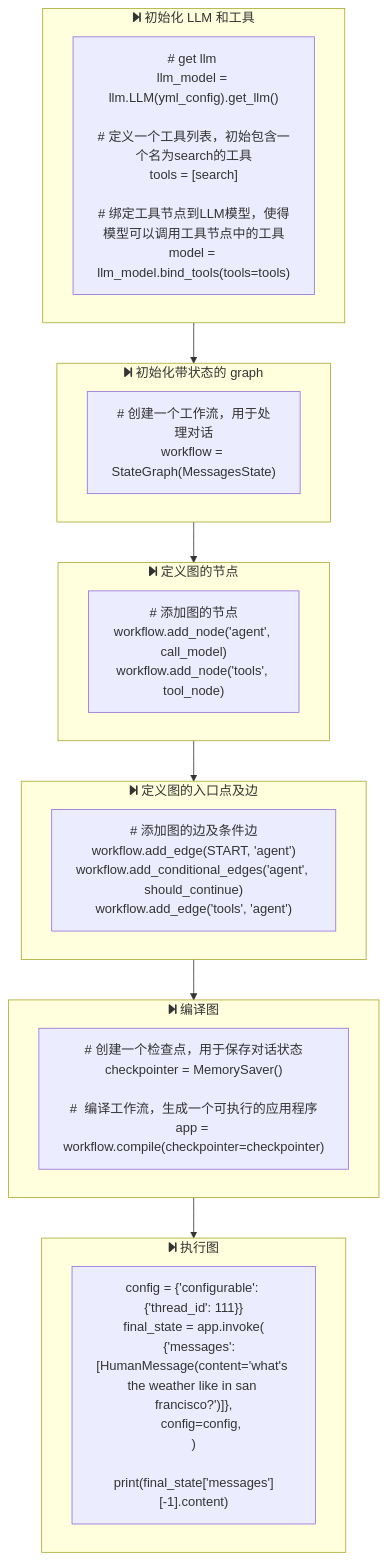
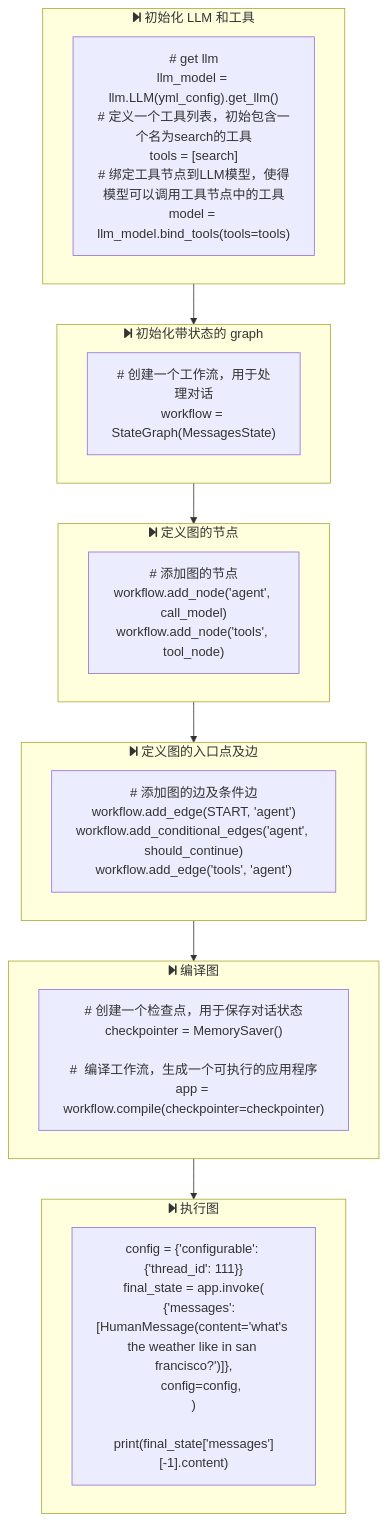
The second of 2 diagrams in docs/99-lang-graph/240910-langgraph-overview.md (ka1fe1/tutorial-langchain), drawn with Mermaid before and after one commit.

Commit message:
modify langgraph-overview tutorial-3

````diff
--- a/docs/99-lang-graph/240910-langgraph-overview.md
+++ b/docs/99-lang-graph/240910-langgraph-overview.md
@@ -33,65 +33,63 @@
 ```mermaid
 flowchart TB
     subgraph s1["fa:fa-step-forward 初始化 LLM 和工具"]
         direction LR
         s101["
-# get llm 
+#35; get llm
 llm_model = llm.LLM(yml_config).get_llm()
-
-# 定义一个工具列表，初始包含一个名为search的工具
+#35; 定义一个工具列表，初始包含一个名为search的工具
 tools = [search]
-
-# 绑定工具节点到LLM模型，使得模型可以调用工具节点中的工具
+#35; 绑定工具节点到LLM模型，使得模型可以调用工具节点中的工具
 model = llm_model.bind_tools(tools=tools)
         "]
     end
 
     subgraph s2["fa:fa-step-forward 初始化带状态的 graph"]
         s201["
-# 创建一个工作流，用于处理对话
+#35; 创建一个工作流，用于处理对话
 workflow = StateGraph(MessagesState)
         "]
     end
 
     subgraph s3["fa:fa-step-forward 定义图的节点"]
         s301["
-# 添加图的节点
+#35; 添加图的节点
 workflow.add_node('agent', call_model)
 workflow.add_node('tools', tool_node)        
         "]
     end
 
     subgraph s4["fa:fa-step-forward 定义图的入口点及边"]
         s401["
-# 添加图的边及条件边
+#35; 添加图的边及条件边
 workflow.add_edge(START, 'agent')
 workflow.add_conditional_edges('agent', should_continue)
 workflow.add_edge('tools', 'agent')        
         "]
     end
 
     subgraph s5["fa:fa-step-forward 编译图"]
         s501["
-# 创建一个检查点，用于保存对话状态
+#35; 创建一个检查点，用于保存对话状态
 checkpointer = MemorySaver()
 
-#  编译工作流，生成一个可执行的应用程序
+#35;  编译工作流，生成一个可执行的应用程序
 app = workflow.compile(checkpointer=checkpointer)        
         "]
     end
 
     subgraph s6["fa:fa-step-forward 执行图"]
         s601["
 config = {'configurable': {'thread_id': 111}}
 final_state = app.invoke(
     {'messages': [HumanMessage(content='what's the weather like in san francisco?')]},
     config=config,
 )
 
 print(final_state['messages'][-1].content)        
         "]
     end
 
 
     s1 --> s2 --> s3 --> s4 --> s5 --> s6
 ```
````
